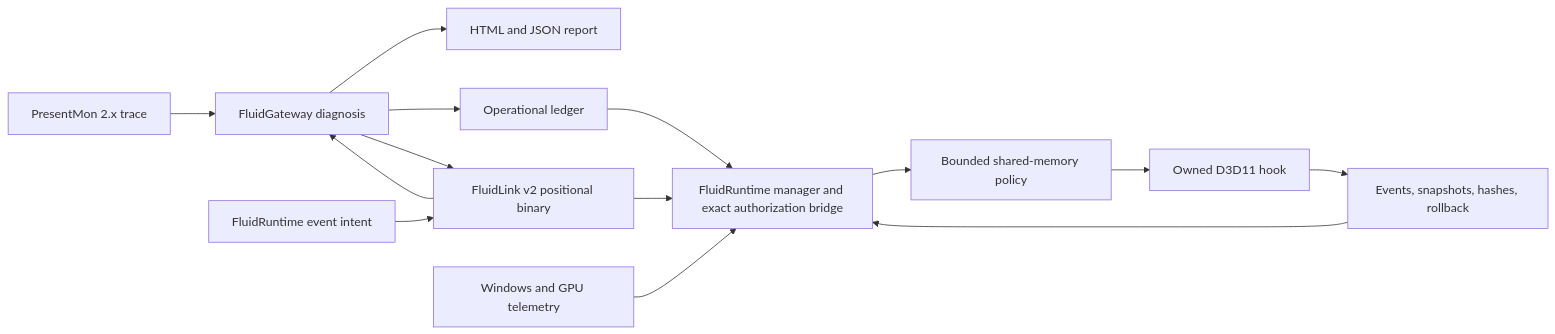
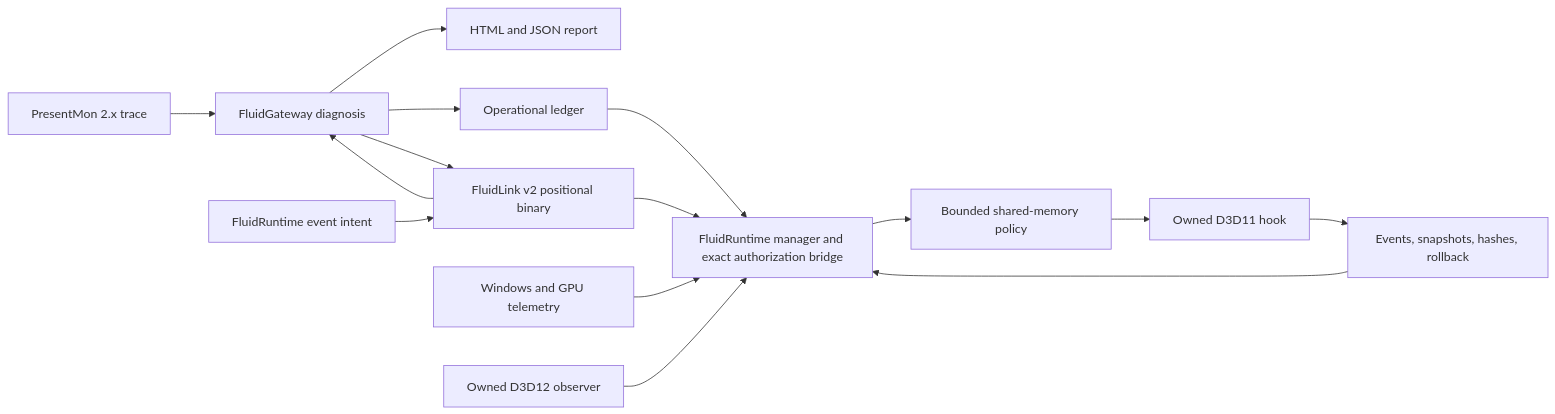
The diagram in README.md (maxhuntert1414-max/FluidGateway), drawn with Mermaid before and after one commit. The commit also changed other lines of this file and 1 other file, not shown here.

Commit message:
docs: add D3D12 observer milestone

````diff
--- a/README.md
+++ b/README.md
@@ -141,16 +163,17 @@
 ```mermaid
 flowchart LR
     PM["PresentMon 2.x trace"] --> FG["FluidGateway diagnosis"]
     FG --> HR["HTML and JSON report"]
     FG --> OL["Operational ledger"]
     FR["FluidRuntime event intent"] --> FL["FluidLink v2 positional binary"]
     FL --> FG
     FG --> FL
     FL --> MR["FluidRuntime manager and exact authorization bridge"]
     OL --> MR
     WT["Windows and GPU telemetry"] --> MR
+    D12["Owned D3D12 observer"] --> MR
     MR --> CP["Bounded shared-memory policy"]
     CP --> HK["Owned D3D11 hook"]
     HK --> EV["Events, snapshots, hashes, rollback"]
     EV --> MR
 ```
````
